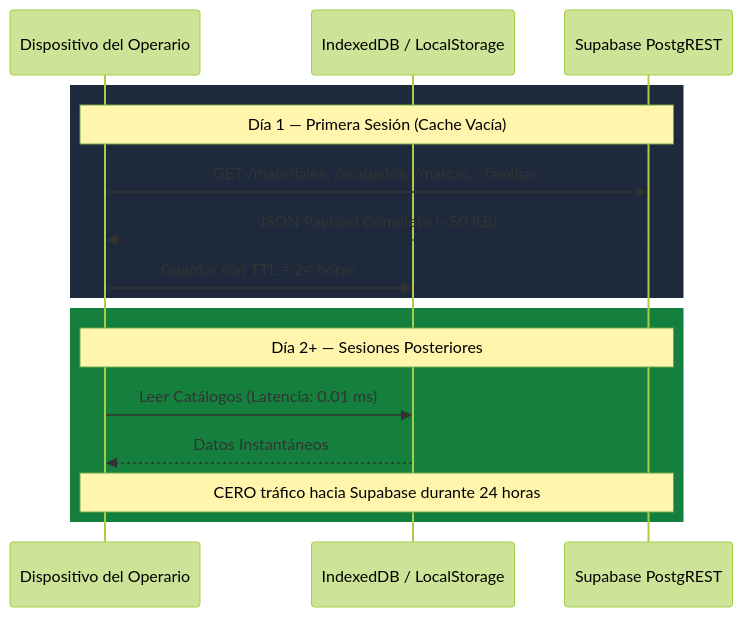
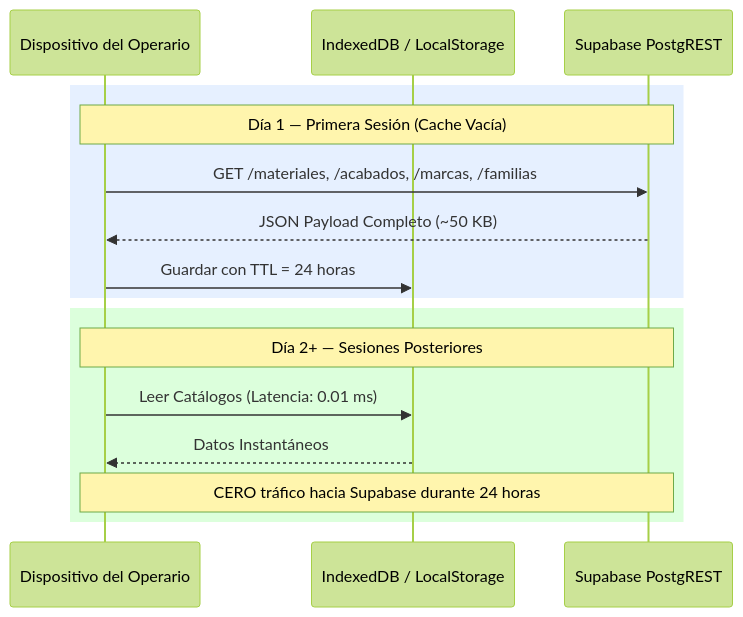
One commit to redentor159/sistema-erp-inventario changed the third of 6 diagrams in public/docs/19_TRUCOS_ESCALABILIDAD_SAAS.md. Above: the diagram before and after it, drawn with Mermaid (forest theme). The commit also changed other lines of this file and 1 other file, not shown here.

Commit message:
style(docs): cambiar fondos de diagramas Mermaid a colores pastel legibles

````diff
--- a/public/docs/19_TRUCOS_ESCALABILIDAD_SAAS.md
+++ b/public/docs/19_TRUCOS_ESCALABILIDAD_SAAS.md
@@ -167,20 +167,20 @@
 ```mermaid
 sequenceDiagram
     participant PC as Dispositivo del Operario
     participant Cache as IndexedDB / LocalStorage
     participant API as Supabase PostgREST
 
-    rect rgb(30, 41, 59)
+    rect rgb(230, 240, 255)
     Note over PC, API: Día 1 — Primera Sesión (Cache Vacía)
     PC->>API: GET /materiales, /acabados, /marcas, /familias
     API-->>PC: JSON Payload Completo (~50 KB)
     PC->>Cache: Guardar con TTL = 24 horas
     end
 
-    rect rgb(21, 128, 61)
+    rect rgb(220, 255, 220)
     Note over PC, API: Día 2+ — Sesiones Posteriores
     PC->>Cache: Leer Catálogos (Latencia: 0.01 ms)
     Cache-->>PC: Datos Instantáneos
     Note over PC, API: CERO tráfico hacia Supabase durante 24 horas
     end
 ```
````
